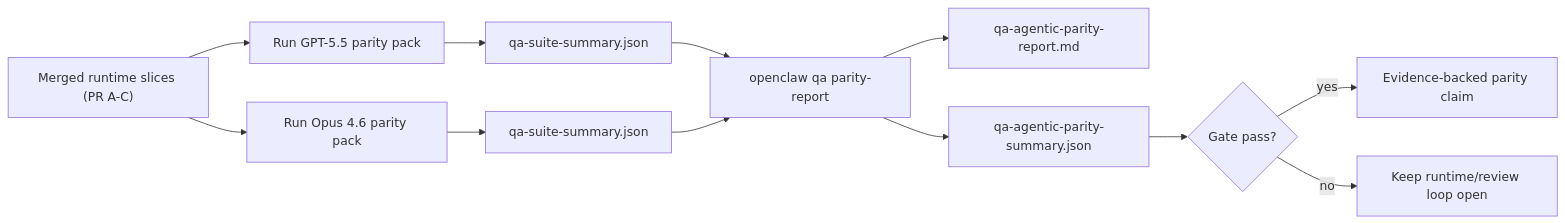
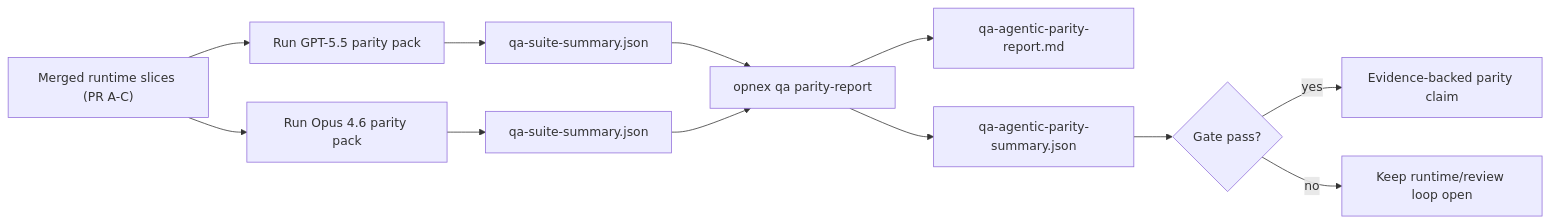
The second of 2 diagrams in docs/help/gpt55-codex-agentic-parity.md (ogt-redknie/OPENX), drawn with Mermaid before and after one commit. The commit also changed other lines of this file and 9599 other files, not shown here.

````diff
--- a/docs/help/gpt55-codex-agentic-parity.md
+++ b/docs/help/gpt55-codex-agentic-parity.md
@@ -124,14 +124,14 @@
 ```mermaid
 flowchart LR
     A["Merged runtime slices (PR A-C)"] --> B["Run GPT-5.5 parity pack"]
     A --> C["Run Opus 4.6 parity pack"]
     B --> D["qa-suite-summary.json"]
     C --> E["qa-suite-summary.json"]
-    D --> F["openclaw qa parity-report"]
+    D --> F["opnex qa parity-report"]
     E --> F
     F --> G["qa-agentic-parity-report.md"]
     F --> H["qa-agentic-parity-summary.json"]
     H --> I{"Gate pass?"}
     I -- "yes" --> J["Evidence-backed parity claim"]
     I -- "no" --> K["Keep runtime/review loop open"]
 ```
````
